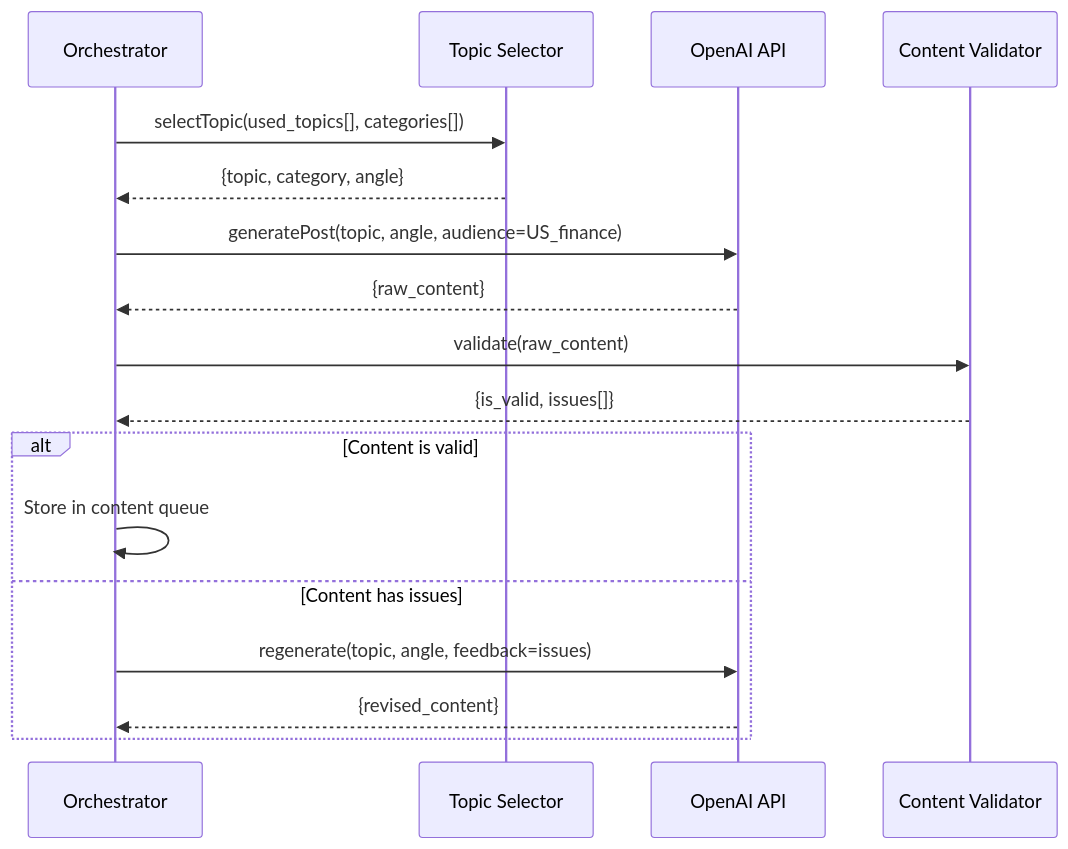
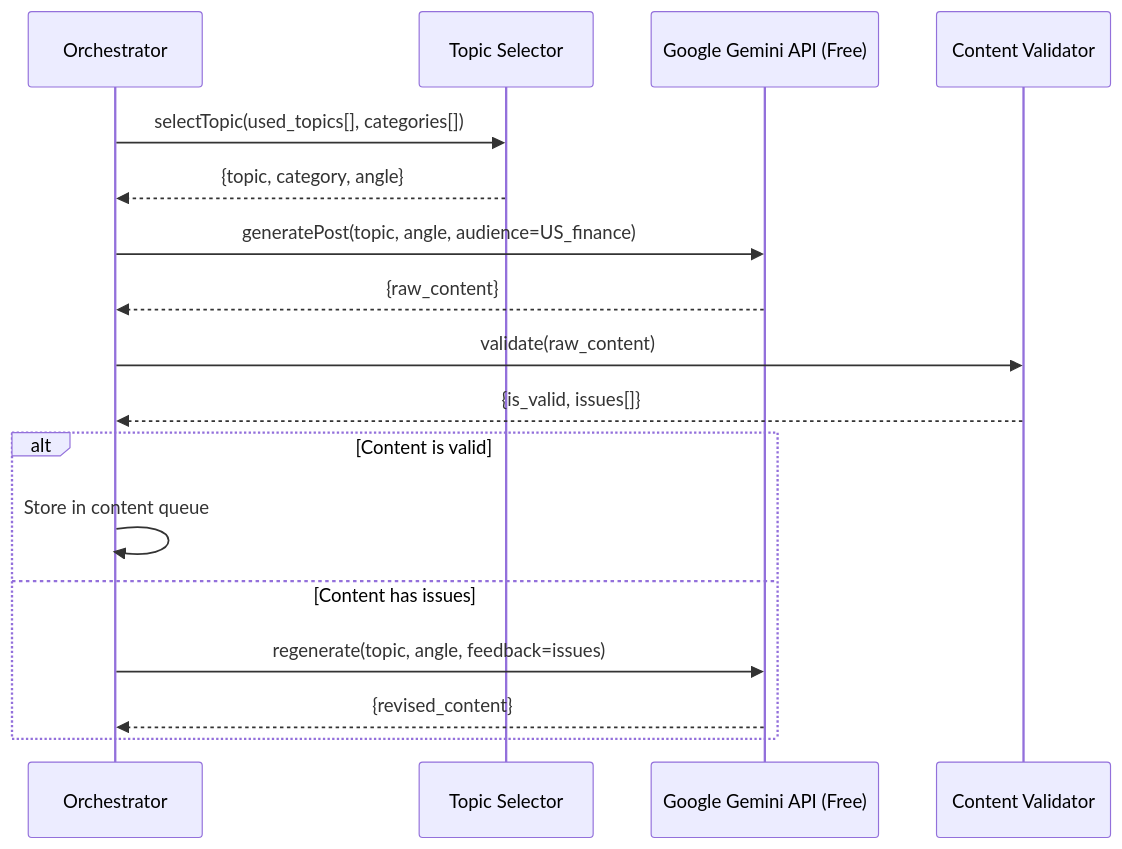
Before and after one commit to Miten001/docs: the third of 3 diagrams in .kiro/specs/facebook-finance-auto-poster/design.md, drawn with Mermaid. The commit also changed other lines of this file and 2 other files, not shown here.

First line of the commit message:
Update spec: Replace all paid APIs with FREE alternatives

````diff
--- a/.kiro/specs/facebook-finance-auto-poster/design.md
+++ b/.kiro/specs/facebook-finance-auto-poster/design.md
@@ -71,21 +83,21 @@
 ```mermaid
 sequenceDiagram
     participant Orch as Orchestrator
     participant TopicSel as Topic Selector
-    participant AI as OpenAI API
+    participant AI as Google Gemini API (Free)
     participant Validator as Content Validator
 
     Orch->>TopicSel: selectTopic(used_topics[], categories[])
     TopicSel-->>Orch: {topic, category, angle}
     Orch->>AI: generatePost(topic, angle, audience=US_finance)
     AI-->>Orch: {raw_content}
     Orch->>Validator: validate(raw_content)
     Validator-->>Orch: {is_valid, issues[]}
     
     alt Content is valid
         Orch->>Orch: Store in content queue
     else Content has issues
         Orch->>AI: regenerate(topic, angle, feedback=issues)
         AI-->>Orch: {revised_content}
     end
 ```
````
